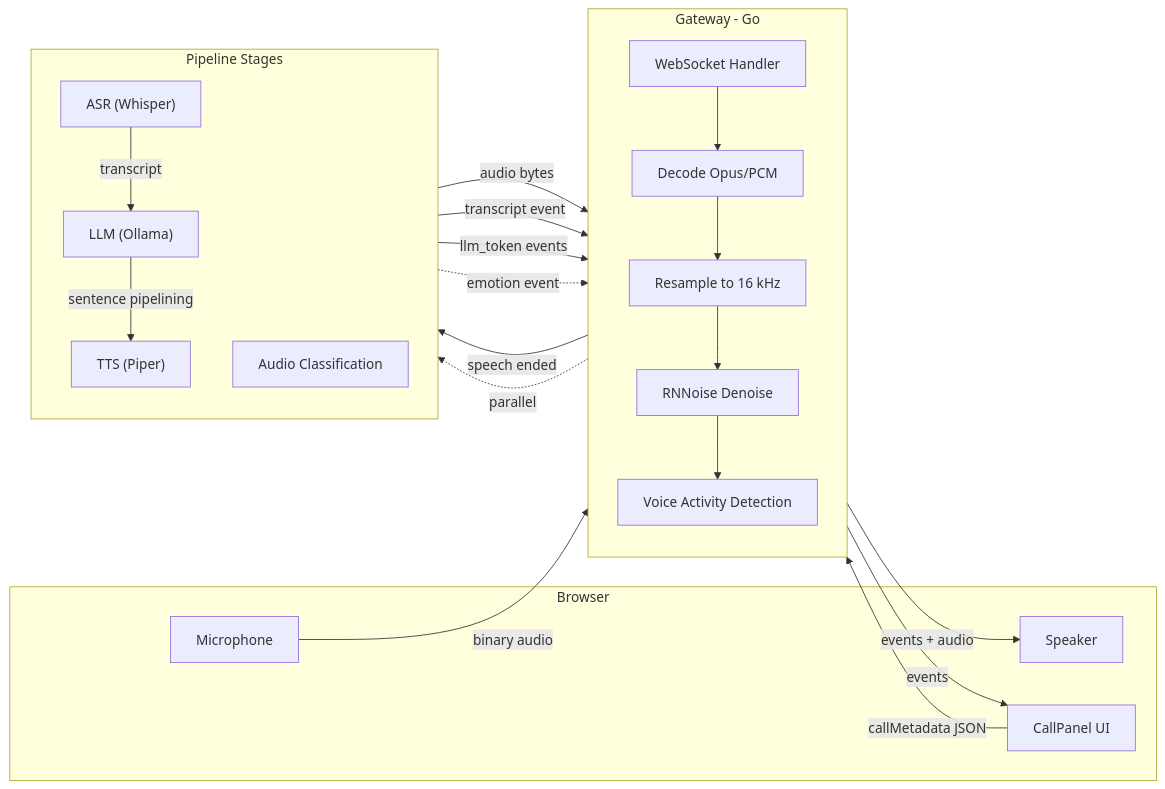
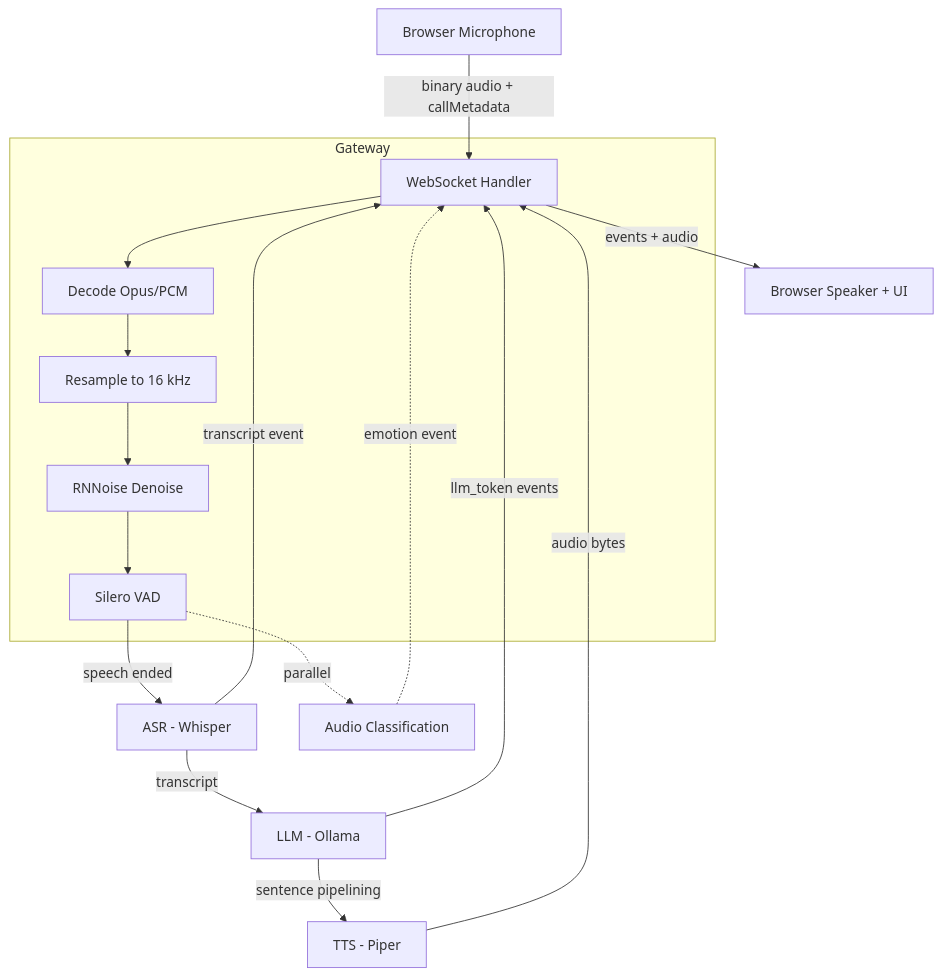
Before and after one commit to hubenschmidt/asr-llm-tts: the first of 4 diagrams in docs/architecture.md, drawn with Mermaid.

Commit message:
e2e flow

````diff
--- a/docs/architecture.md
+++ b/docs/architecture.md
@@ -5,43 +5,23 @@
 ```mermaid
-flowchart LR
-    subgraph Browser
-        MIC[Microphone]
-        SPK[Speaker]
-        UI[CallPanel UI]
+flowchart TB
+    MIC["Browser Microphone"] -- "binary audio + callMetadata" --> WS["WebSocket Handler"]
+
+    subgraph Gateway
+        WS --> DEC["Decode Opus/PCM"]
+        DEC --> RS["Resample to 16 kHz"]
+        RS --> DN["RNNoise Denoise"]
+        DN --> VAD["Silero VAD"]
     end
 
-    subgraph GW ["Gateway - Go"]
-        direction TB
-        WS[WebSocket Handler]
-        DEC[Decode Opus/PCM]
-        RS["Resample to 16 kHz"]
-        DN[RNNoise Denoise]
-        VAD[Voice Activity Detection]
-    end
+    VAD -- "speech ended" --> ASR["ASR - Whisper"]
+    VAD -. "parallel" .-> CLS["Audio Classification"]
+    ASR -- "transcript" --> LLM["LLM - Ollama"]
+    LLM -- "sentence pipelining" --> TTS["TTS - Piper"]
 
-    subgraph Backends ["Pipeline Stages"]
-        direction TB
-        ASR["ASR (Whisper)"]
-        LLM["LLM (Ollama)"]
-        TTS["TTS (Piper)"]
-        CLS[Audio Classification]
-    end
+    ASR -- "transcript event" --> WS
+    LLM -- "llm_token events" --> WS
+    TTS -- "audio bytes" --> WS
+    CLS -. "emotion event" .-> WS
 
-    MIC -- binary audio --> WS
-    UI -- callMetadata JSON --> WS
-    WS --> DEC --> RS --> DN --> VAD
-
-    VAD -- speech ended --> ASR
-    VAD -. parallel .-> CLS
-
-    ASR -- transcript --> LLM
-    LLM -- sentence pipelining --> TTS
-
-    TTS -- audio bytes --> WS
-    ASR -- transcript event --> WS
-    LLM -- llm_token events --> WS
-    CLS -. emotion event .-> WS
-
-    WS -- events + audio --> SPK
-    WS -- events --> UI
+    WS -- "events + audio" --> SPK["Browser Speaker + UI"]
 ```
````
